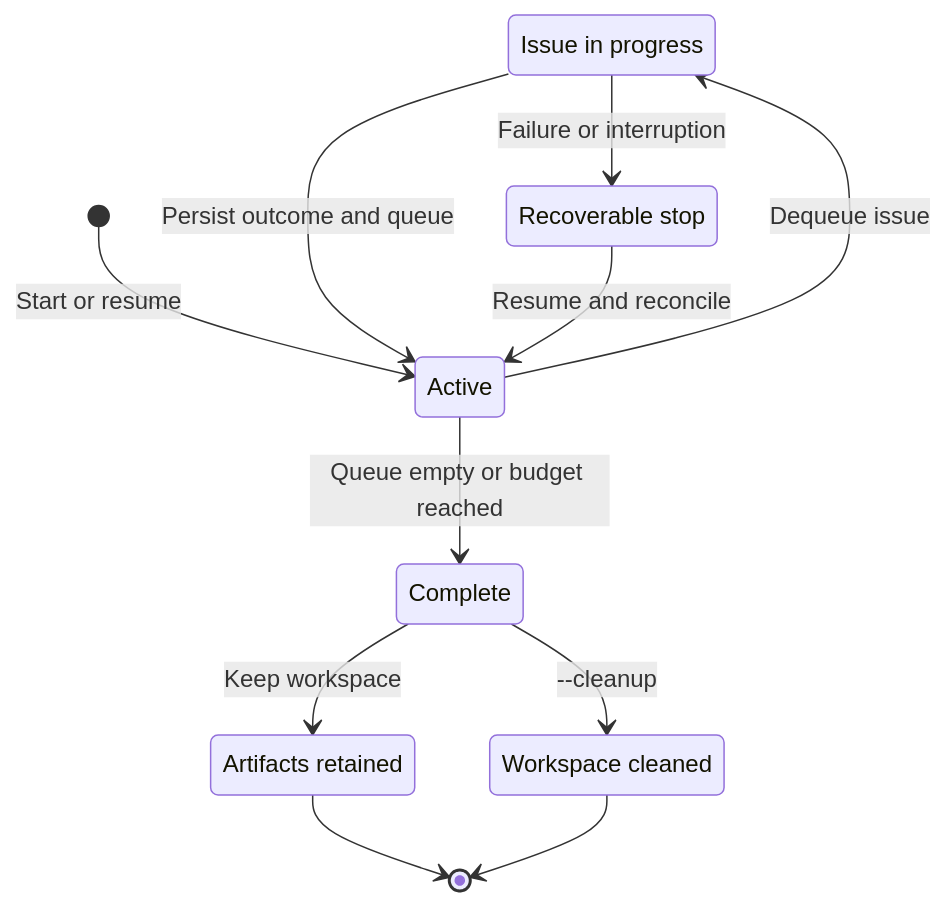
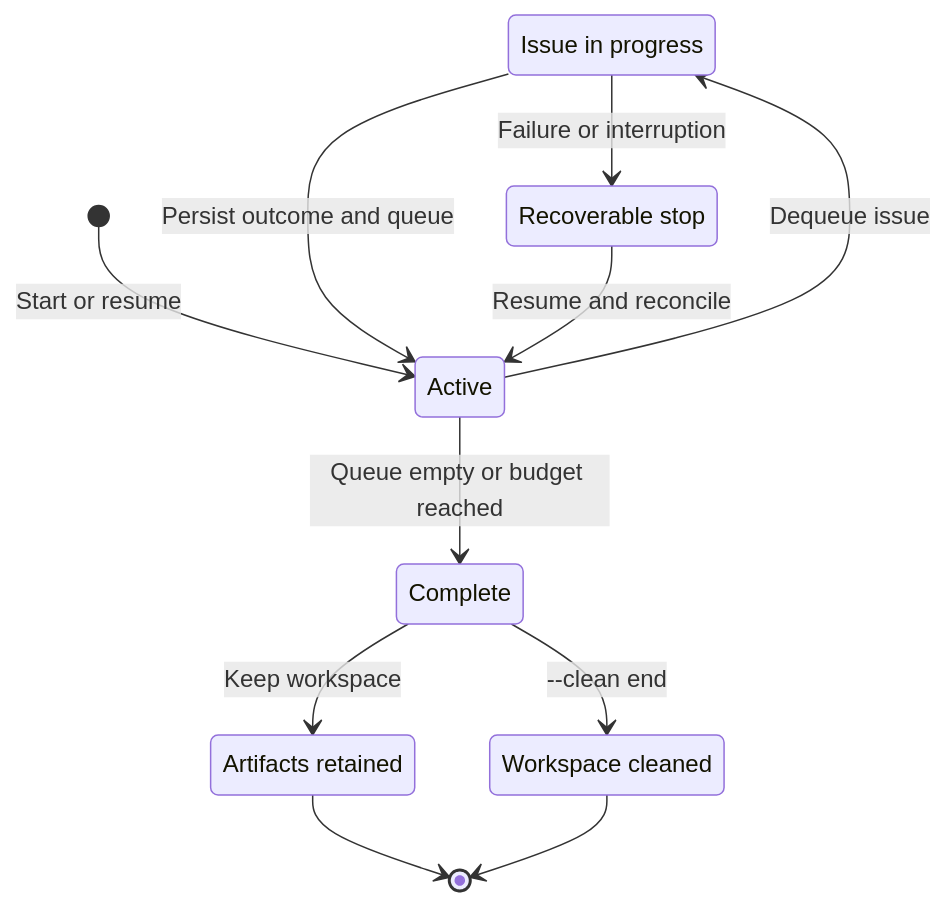
One commit to beremaran/ralphie changed the fourth of 5 diagrams in README.md. Above: the diagram before and after it, drawn with Mermaid. The commit also changed other lines of this file and 7 other files, not shown here.

````diff
--- a/README.md
+++ b/README.md
@@ -493,18 +494,18 @@
 ```mermaid
 stateDiagram-v2
     state "Issue in progress" as IssueInProgress
     state "Recoverable stop" as RecoverableStop
     state "Artifacts retained" as Retained
     state "Workspace cleaned" as Cleaned
 
     [*] --> Active: Start or resume
     Active --> IssueInProgress: Dequeue issue
     IssueInProgress --> Active: Persist outcome and queue
     IssueInProgress --> RecoverableStop: Failure or interruption
     RecoverableStop --> Active: Resume and reconcile
     Active --> Complete: Queue empty or budget reached
     Complete --> Retained: Keep workspace
-    Complete --> Cleaned: --cleanup
+    Complete --> Cleaned: --clean end
     Retained --> [*]
     Cleaned --> [*]
 ```
````
